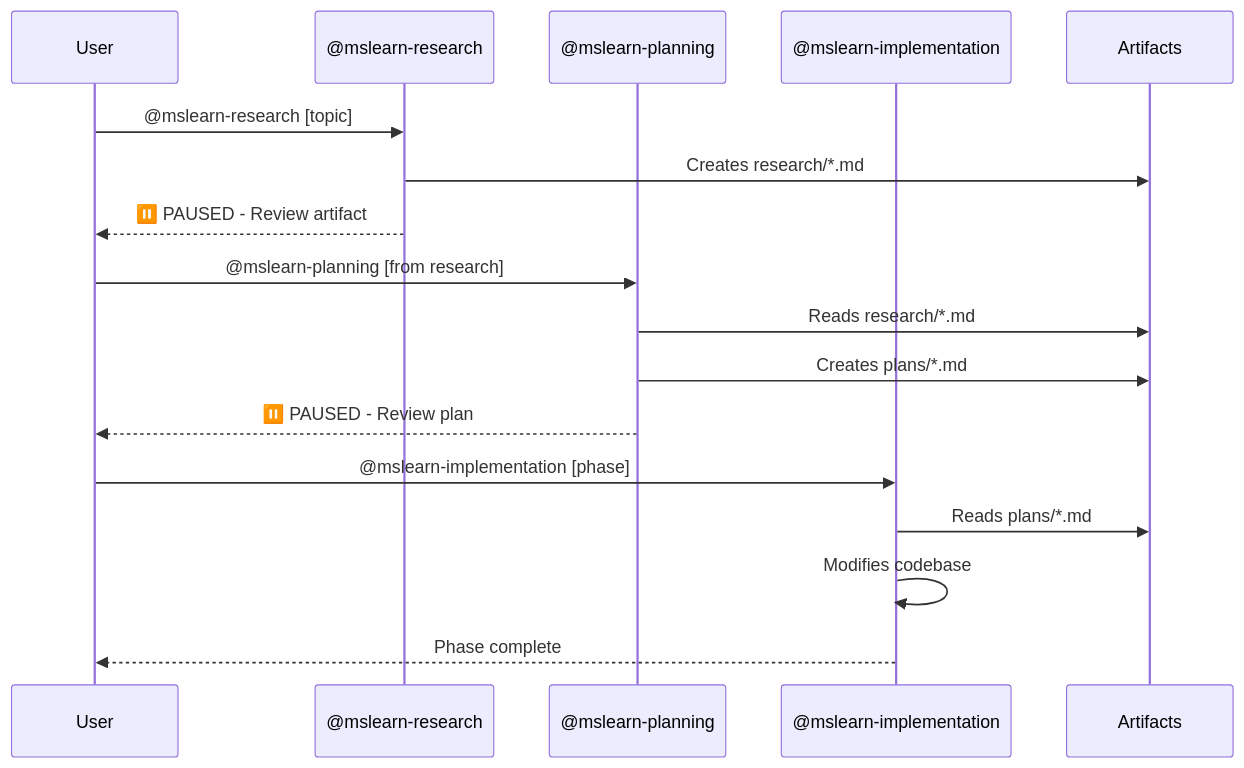
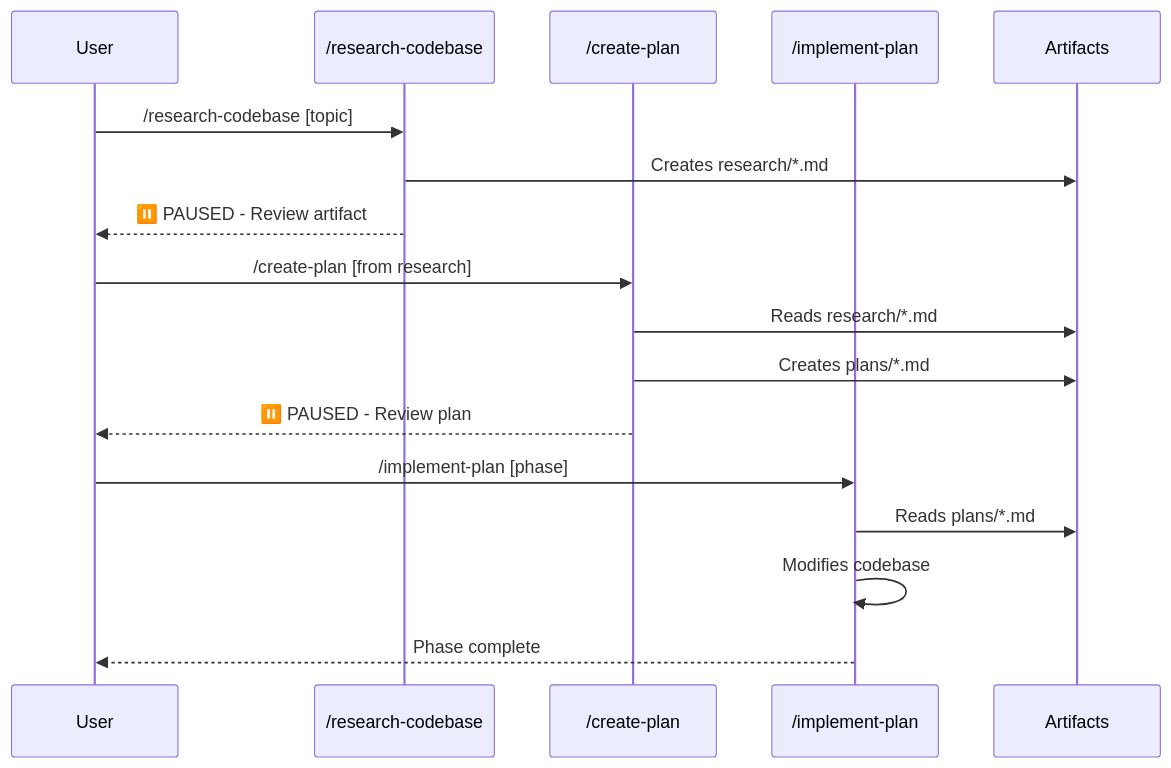
One commit to jwmunn/copilot-config changed the fourth of 4 diagrams in README.md. Above: the diagram before and after it, drawn with Mermaid. The commit also changed other lines of this file and 2 other files, not shown here.

````diff
--- a/README.md
+++ b/README.md
@@ -200,22 +216,22 @@
 ```mermaid
 sequenceDiagram
     participant U as User
-    participant R as @mslearn-research
-    participant P as @mslearn-planning
-    participant I as @mslearn-implementation
+    participant R as /research-codebase
+    participant P as /create-plan
+    participant I as /implement-plan
     participant A as Artifacts
     
-    U->>R: @mslearn-research [topic]
+    U->>R: /research-codebase [topic]
     R->>A: Creates research/*.md
     R-->>U: ⏸️ PAUSED - Review artifact
     
-    U->>P: @mslearn-planning [from research]
+    U->>P: /create-plan [from research]
     P->>A: Reads research/*.md
     P->>A: Creates plans/*.md
     P-->>U: ⏸️ PAUSED - Review plan
     
-    U->>I: @mslearn-implementation [phase]
+    U->>I: /implement-plan [phase]
     I->>A: Reads plans/*.md
     I->>I: Modifies codebase
     I-->>U: Phase complete
 ```
````
